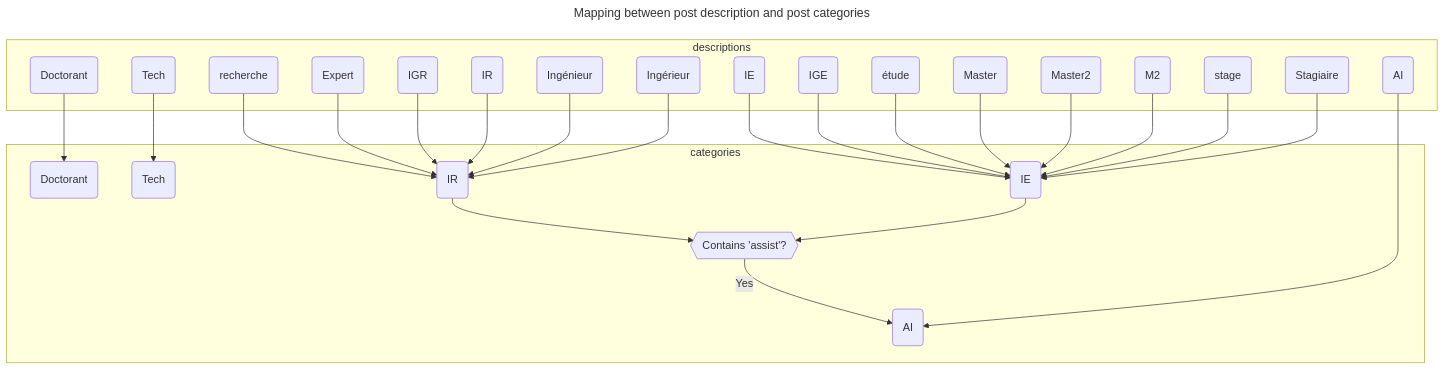
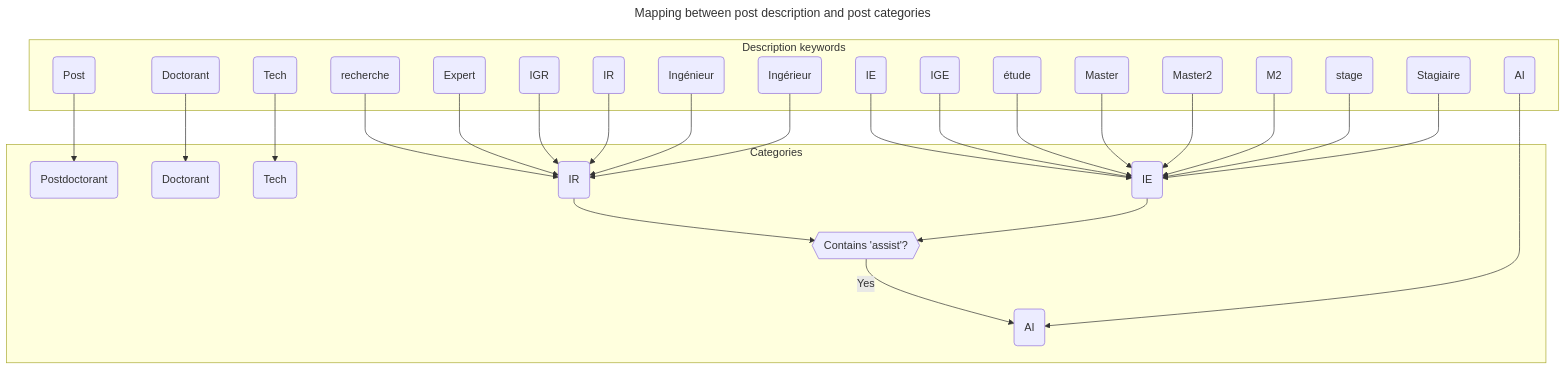
The diagram in data-visualization/src/phase1-financing-dashboard.md (VCityTeam/PEPR-VDBI), drawn with Mermaid before and after one commit. The commit also changed other lines of this file and 1 other file, not shown here.

````diff
--- a/data-visualization/src/phase1-financing-dashboard.md
+++ b/data-visualization/src/phase1-financing-dashboard.md
@@ -27,58 +27,61 @@
 ```mermaid
 ---
 title: Mapping between post description and post categories
 config:
   theme: default
 ---
 flowchart TD
+  Post --> Postdoctorant
   Doctorant1 --> Doctorant2
   Tech1 --> Tech2
   IR2 --> assistant_req
   IE2 --> assistant_req
   assistant_req -->|Yes| AI2
   recherche --> IR2
   Expert --> IR2
   IGR --> IR2
   IR1 --> IR2
   IE1 --> IE2
   IGE --> IE2
   étude --> IE2
   Master --> IE2
   Master2 --> IE2
   M2 --> IE2
   stage --> IE2
   Stagiaire --> IE2
   Ingénieur --> IR2
   Ingérieur --> IR2
   AI1 --> AI2
 
-  subgraph descriptions
+  subgraph Description keywords
+    Post(Post)
     AI1(AI)
     recherche(recherche)
     Expert(Expert)
     IGR(IGR)
     Doctorant1(Doctorant)
     IE1(IE)
     IR1(IR)
     IGE(IGE)
     étude(étude)
     Master(Master)
     Master2(Master2)
     M2(M2)
     stage(stage)
     Stagiaire(Stagiaire)
     Tech1(Tech)
     Ingénieur(Ingénieur)
     Ingérieur(Ingérieur)
   end
 
-  subgraph categories
+  subgraph Categories
     assistant_req{{Contains 'assist'?}}
+    Postdoctorant(Postdoctorant)
     IR2(IR)
     Doctorant2(Doctorant)
     IE2(IE)
     Tech2(Tech)
     IR2(IR)
     AI2(AI)
   end
 ```
````
